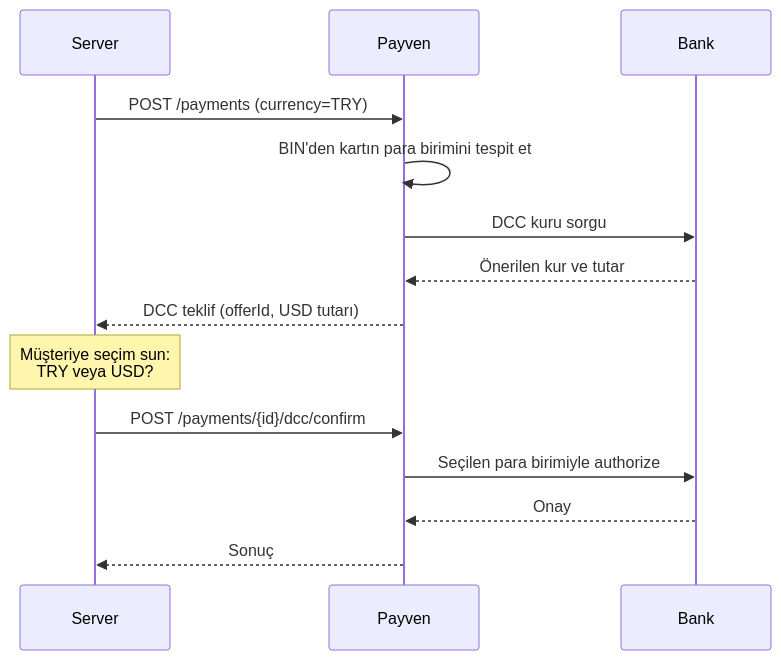
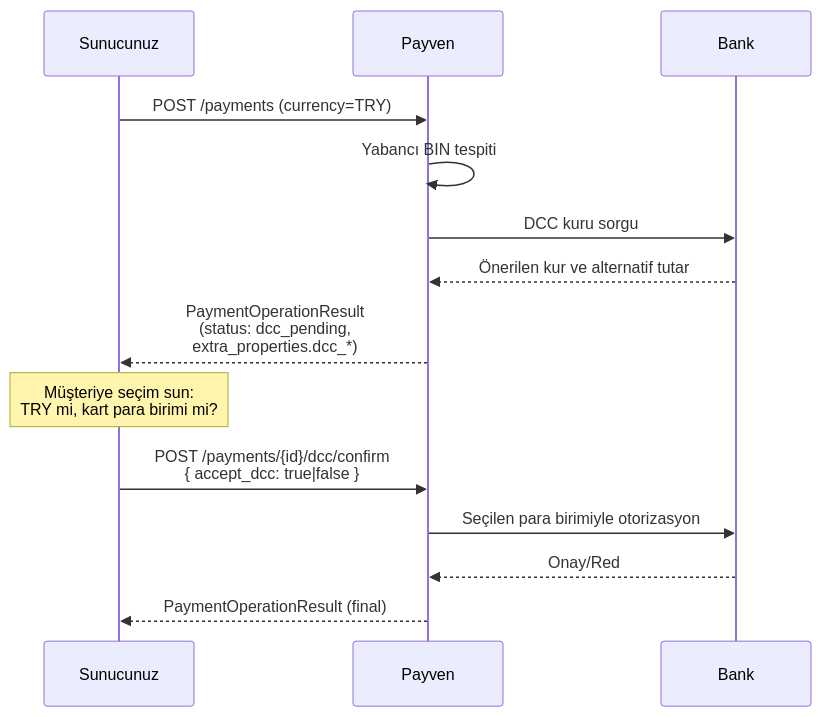
One commit to payment-pos/mintlify changed the diagram in sanal-pos/payments/dcc.mdx. Above: the diagram before and after it, drawn with Mermaid. The commit also changed other lines of this file and 45 other files, not shown here.

````diff
--- a/sanal-pos/payments/dcc.mdx
+++ b/sanal-pos/payments/dcc.mdx
@@ -14,17 +16,17 @@
 ```mermaid
 sequenceDiagram
-    participant Server
+    participant App as Sunucunuz
     participant Payven
     participant Bank
 
-    Server->>Payven: POST /payments (currency=TRY)
-    Payven->>Payven: BIN'den kartın para birimini tespit et
+    App->>Payven: POST /payments (currency=TRY)
+    Payven->>Payven: Yabancı BIN tespiti
     Payven->>Bank: DCC kuru sorgu
-    Bank-->>Payven: Önerilen kur ve tutar
-    Payven-->>Server: DCC teklif (offerId, USD tutarı)
-    Note over Server: Müşteriye seçim sun:<br/>TRY veya USD?
-    Server->>Payven: POST /payments/{id}/dcc/confirm
-    Payven->>Bank: Seçilen para birimiyle authorize
-    Bank-->>Payven: Onay
-    Payven-->>Server: Sonuç
+    Bank-->>Payven: Önerilen kur ve alternatif tutar
+    Payven-->>App: PaymentOperationResult<br/>(status: dcc_pending,<br/>extra_properties.dcc_*)
+    Note over App: Müşteriye seçim sun:<br/>TRY mi, kart para birimi mi?
+    App->>Payven: POST /payments/{id}/dcc/confirm<br/>{ accept_dcc: true|false }
+    Payven->>Bank: Seçilen para birimiyle otorizasyon
+    Bank-->>Payven: Onay/Red
+    Payven-->>App: PaymentOperationResult (final)
 ```
````
